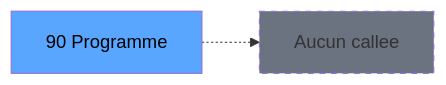
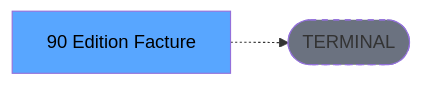
Before and after one commit to thonyAGP/lecteur-magic: the third of 3 diagrams in .openspec/specs/ADH-IDE-90.md, drawn with Mermaid. The commit also changed other lines of this file and 701 other files, not shown here.

````diff
--- a/.openspec/specs/ADH-IDE-90.md
+++ b/.openspec/specs/ADH-IDE-90.md
@@ -147,8 +141,8 @@
 ```mermaid
 graph LR
-    T[90 Programme]
-    NONE[Aucun callee]
-    T -.-> NONE
+    T[90 Edition Facture]
+    TERM([TERMINAL])
+    T -.-> TERM
+    style TERM fill:#6b7280,stroke-dasharray: 5 5
     style T fill:#58a6ff,color:#000
-    style NONE fill:#6b7280,stroke-dasharray: 5 5
 ```
````
